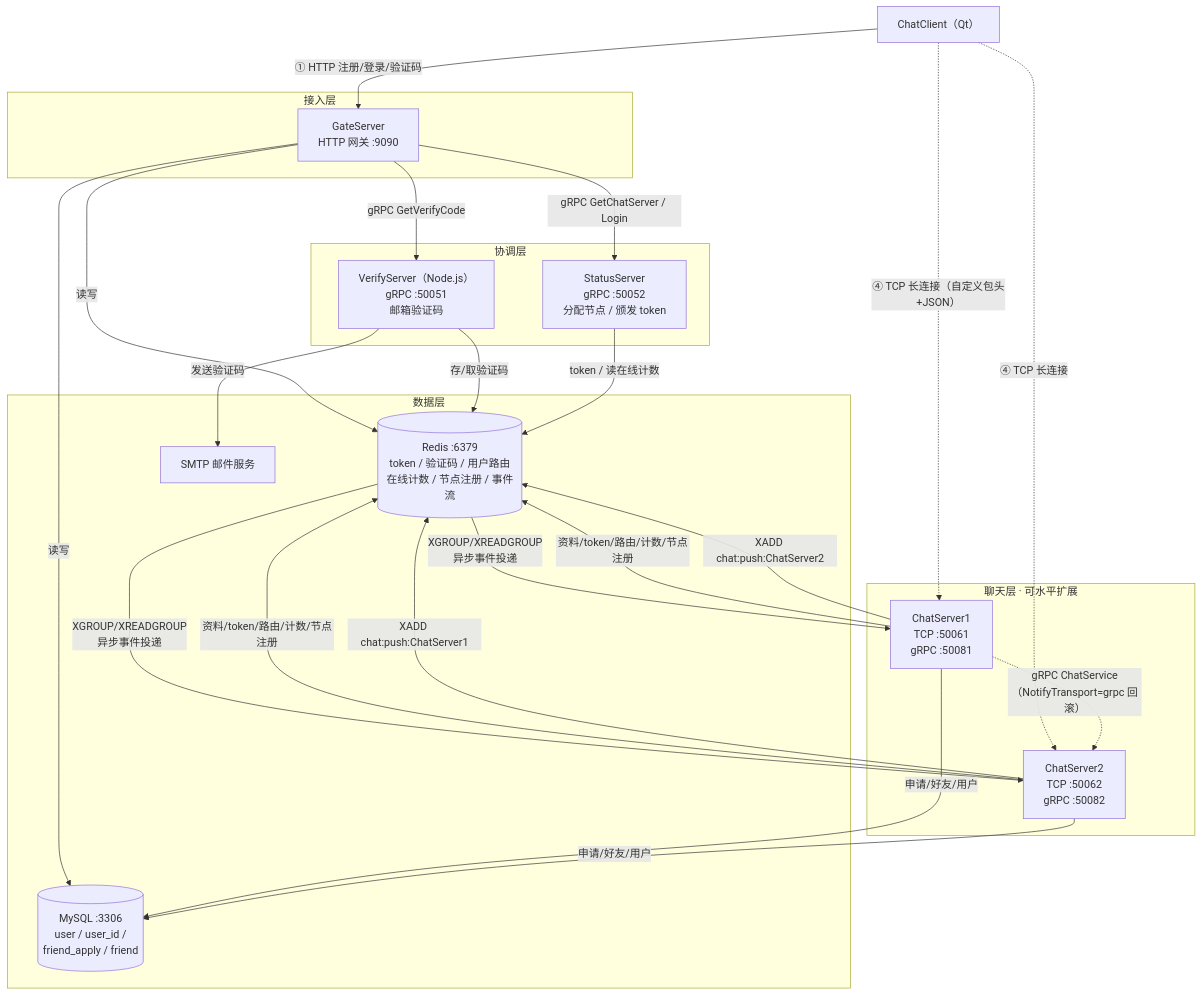
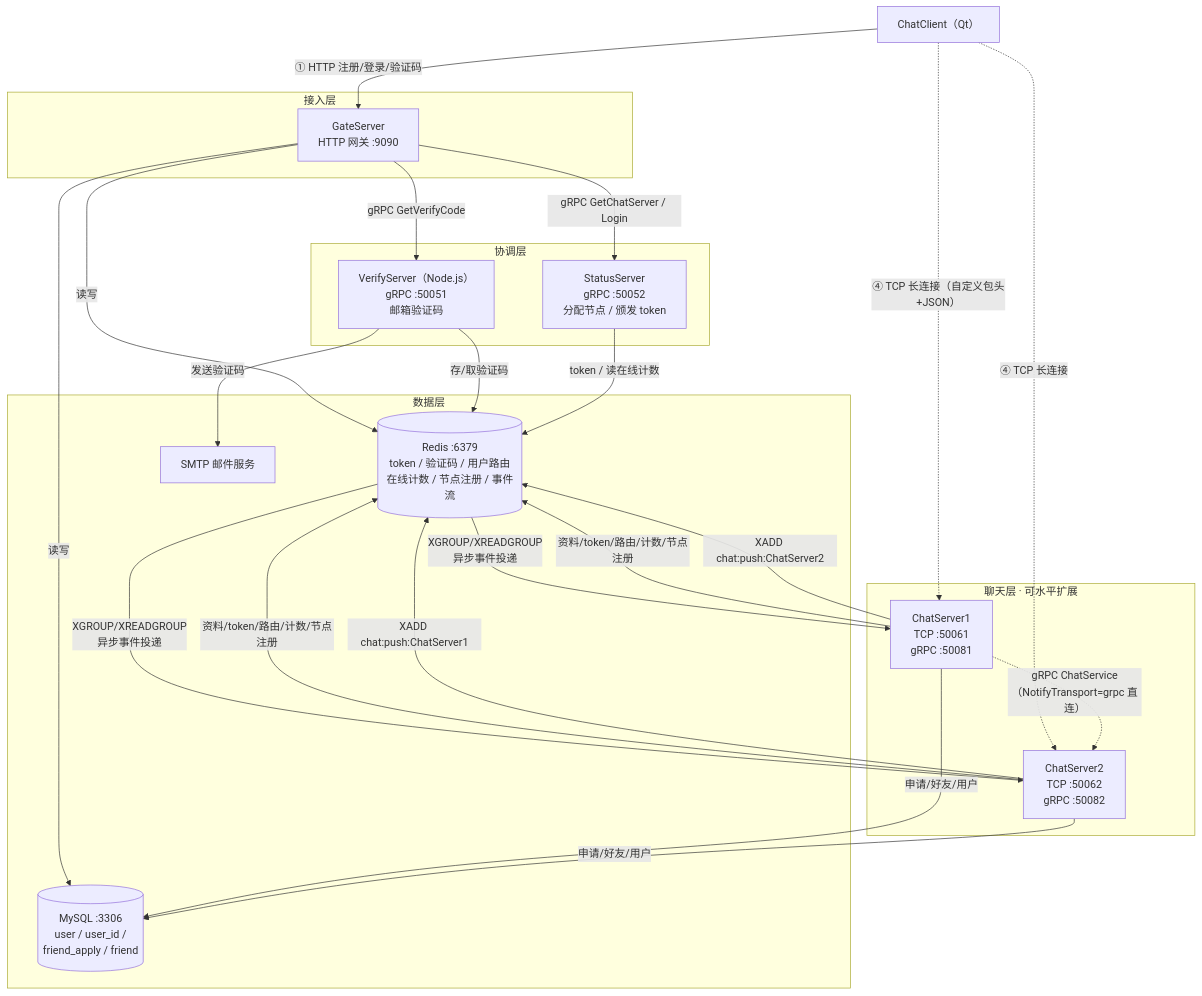
The diagram in Servers/README.md (codeT2001/MyChat), drawn with Mermaid before and after one commit. The commit also changed other lines of this file and 6 other files, not shown here.

````diff
--- a/Servers/README.md
+++ b/Servers/README.md
@@ -31,48 +31,48 @@
 ```mermaid
 graph TB
     Client["ChatClient（Qt）"]
 
     subgraph accessLayer ["接入层"]
         Gate["GateServer<br/>HTTP 网关 :9090"]
     end
 
     subgraph coordLayer ["协调层"]
         Status["StatusServer<br/>gRPC :50052<br/>分配节点 / 颁发 token"]
         Verify["VerifyServer（Node.js）<br/>gRPC :50051<br/>邮箱验证码"]
     end
 
     subgraph chatLayer ["聊天层 · 可水平扩展"]
         Chat1["ChatServer1<br/>TCP :50061<br/>gRPC :50081"]
         Chat2["ChatServer2<br/>TCP :50062<br/>gRPC :50082"]
     end
 
     subgraph dataLayer ["数据层"]
         Redis[("Redis :6379<br/>token / 验证码 / 用户路由<br/>在线计数 / 节点注册 / 事件流")]
         MySQL[("MySQL :3306<br/>user / user_id /<br/>friend_apply / friend")]
         Mail["SMTP 邮件服务"]
     end
 
     Client -- "① HTTP 注册/登录/验证码" --> Gate
     Client -. "④ TCP 长连接（自定义包头+JSON）" .-> Chat1
     Client -. "④ TCP 长连接" .-> Chat2
 
     Gate -- "gRPC GetVerifyCode" --> Verify
     Gate -- "gRPC GetChatServer / Login" --> Status
     Gate -- 读写 --> Redis
     Gate -- 读写 --> MySQL
 
     Verify -- 存/取验证码 --> Redis
     Verify -- 发送验证码 --> Mail
 
     Status -- token / 读在线计数 --> Redis
 
     Chat1 -- 资料/token/路由/计数/节点注册 --> Redis
     Chat2 -- 资料/token/路由/计数/节点注册 --> Redis
     Chat1 -- 申请/好友/用户 --> MySQL
     Chat2 -- 申请/好友/用户 --> MySQL
     Chat1 -- "XADD chat:push:ChatServer2" --> Redis
     Chat2 -- "XADD chat:push:ChatServer1" --> Redis
     Redis -- "XGROUP/XREADGROUP<br/>异步事件投递" --> Chat1
     Redis -- "XGROUP/XREADGROUP<br/>异步事件投递" --> Chat2
-    Chat1 -.->|"gRPC ChatService（NotifyTransport=grpc 回滚）"| Chat2
+    Chat1 -.->|"gRPC ChatService（NotifyTransport=grpc 直连）"| Chat2
 ```
````
